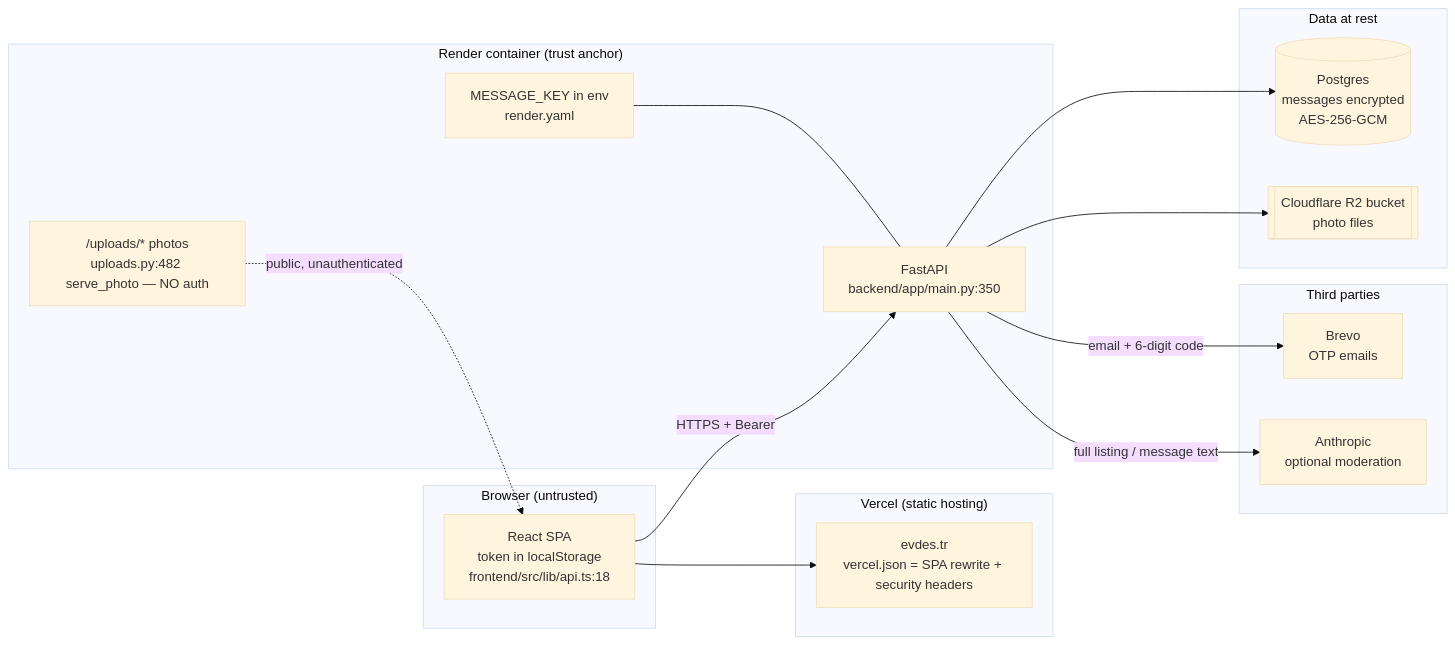
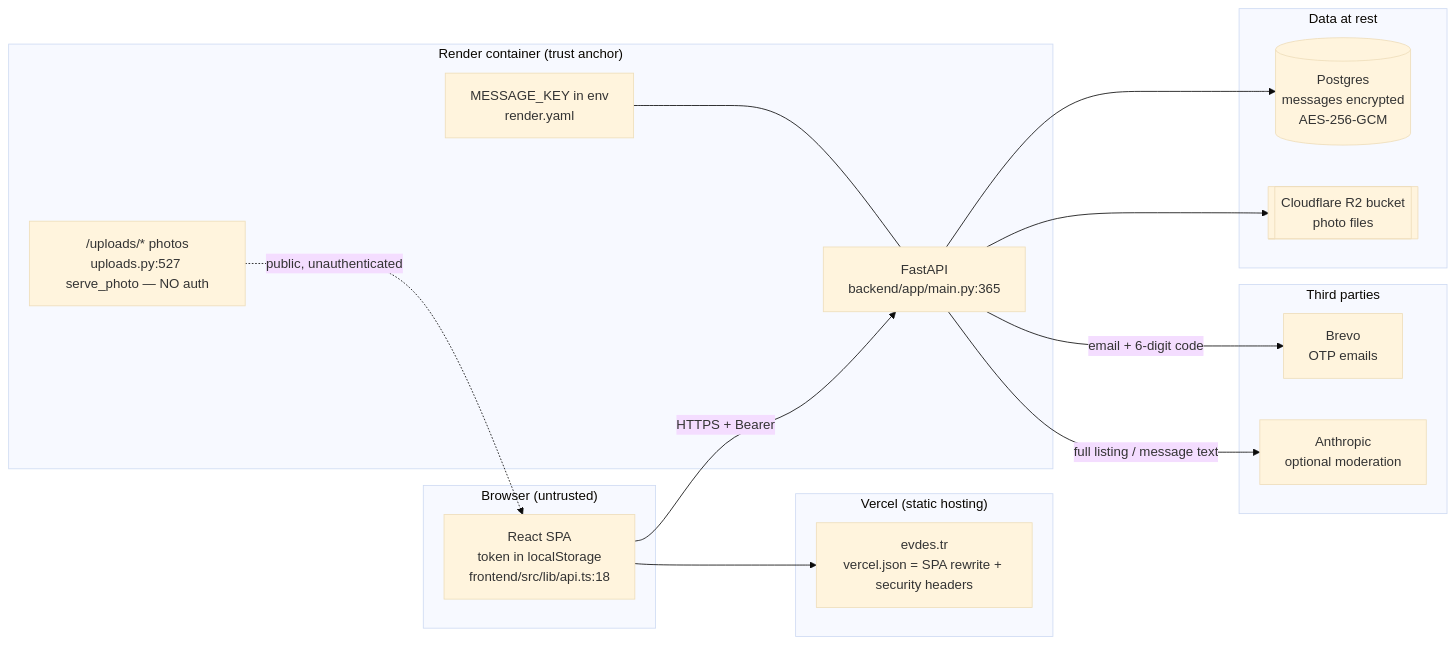
One commit to bariskiratt/istanbul-roommate-platform changed the diagram in docs/SECURITY.md. Above: the diagram before and after it, drawn with Mermaid (base theme). The commit also changed other lines of this file and 5 other files, not shown here.

````diff
--- a/docs/SECURITY.md
+++ b/docs/SECURITY.md
@@ -132,35 +132,35 @@
 ```mermaid
 flowchart LR
     subgraph client["Browser (untrusted)"]
         UI["React SPA<br/>token in localStorage<br/>frontend/src/lib/api.ts:18"]
     end
 
     subgraph vercel["Vercel (static hosting)"]
         SPA["evdes.tr<br/>vercel.json = SPA rewrite + security headers"]
     end
 
     subgraph render["Render container (trust anchor)"]
-        API["FastAPI<br/>backend/app/main.py:350"]
-        STATIC["/uploads/* photos<br/>uploads.py:482 serve_photo — NO auth"]
+        API["FastAPI<br/>backend/app/main.py:365"]
+        STATIC["/uploads/* photos<br/>uploads.py:527 serve_photo — NO auth"]
         KEY["MESSAGE_KEY in env<br/>render.yaml"]
     end
 
     subgraph data["Data at rest"]
         PG[("Postgres<br/>messages encrypted<br/>AES-256-GCM")]
         DISK[["Cloudflare R2 bucket<br/>photo files"]]
     end
 
     subgraph third["Third parties"]
         BREVO["Brevo<br/>OTP emails"]
         ANTH["Anthropic<br/>optional moderation"]
     end
 
     UI -->|HTTPS + Bearer| API
     UI --> SPA
     API --> PG
     API --> DISK
     STATIC -.->|public, unauthenticated| UI
     API -->|email + 6-digit code| BREVO
     API -->|full listing / message text| ANTH
     KEY --- API
 ```
````
